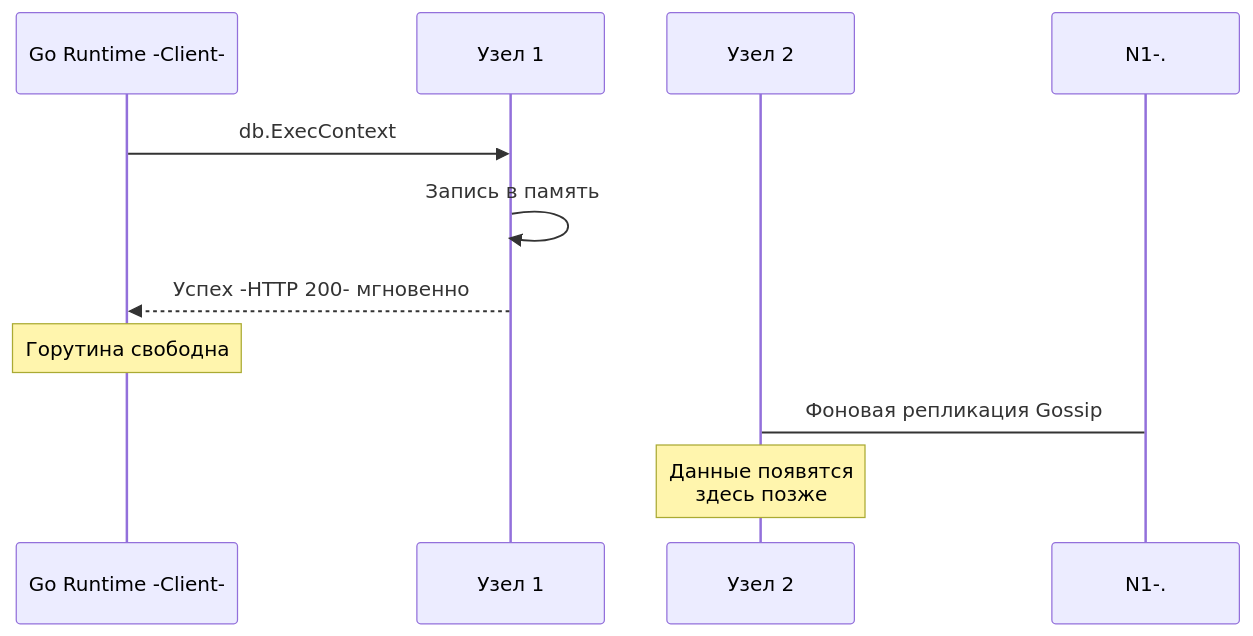
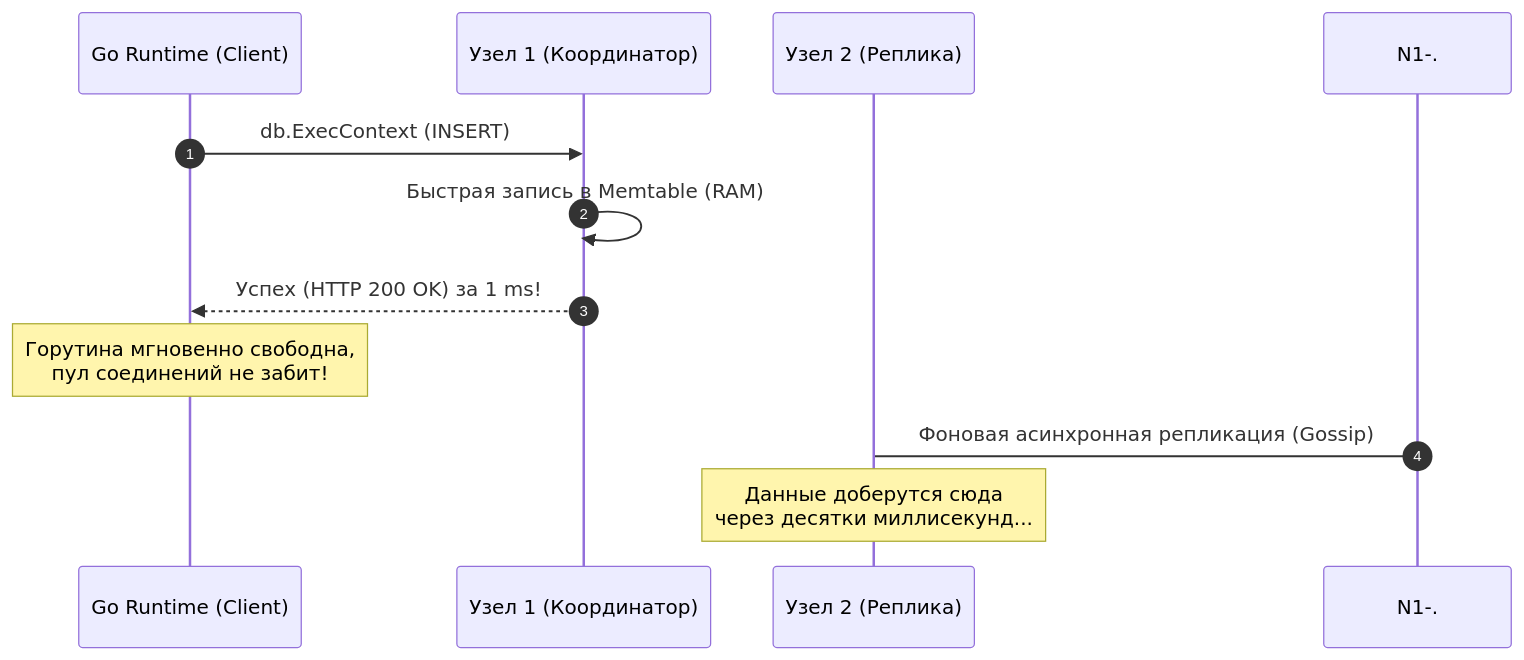
Before and after one commit to UnrealTemplier/go-textbook: the second of 2 diagrams in sources/14. Распределенные системы на Go/03. Данные и согласованность/2. Strong vs eventual consistency.md, drawn with Mermaid. The commit also changed other lines of this file, not shown here.

````diff
--- a/sources/14. Распределенные системы на Go/03. Данные и согласованность/2. Strong vs eventual consistency.md
+++ b/sources/14. Распределенные системы на Go/03. Данные и согласованность/2. Strong vs eventual consistency.md
@@ -66,14 +98,15 @@
 ```mermaid
 sequenceDiagram
-    participant Go as Go Runtime -Client-
-    participant N1 as Узел 1
-    participant N2 as Узел 2
+    autonumber
+    participant Go as Go Runtime (Client)
+    participant N1 as Узел 1 (Координатор)
+    participant N2 as Узел 2 (Реплика)
 
-    Go->>N1: db.ExecContext
-    N1->>N1: Запись в память
-    N1-->>Go: Успех -HTTP 200- мгновенно
-    Note over Go: Горутина свободна
+    Go->>N1: db.ExecContext (INSERT)
+    N1->>N1: Быстрая запись в Memtable (RAM)
+    N1-->>Go: Успех (HTTP 200 OK) за 1 ms!
+    Note over Go: Горутина мгновенно свободна,<br/>пул соединений не забит!
     
-    N1-.->N2: Фоновая репликация Gossip
-    Note over N2: Данные появятся<br>здесь позже
+    N1-.->N2: Фоновая асинхронная репликация (Gossip)
+    Note over N2: Данные доберутся сюда<br/>через десятки миллисекунд...
 ```
````
